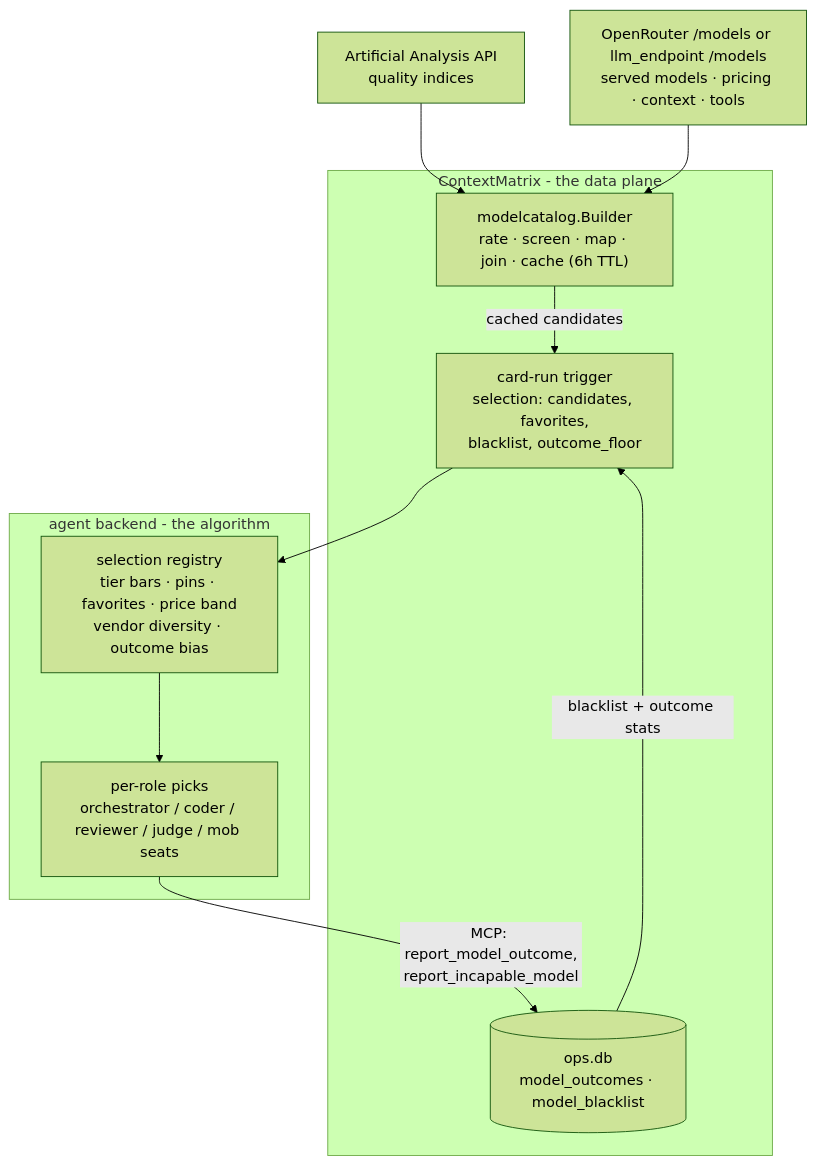
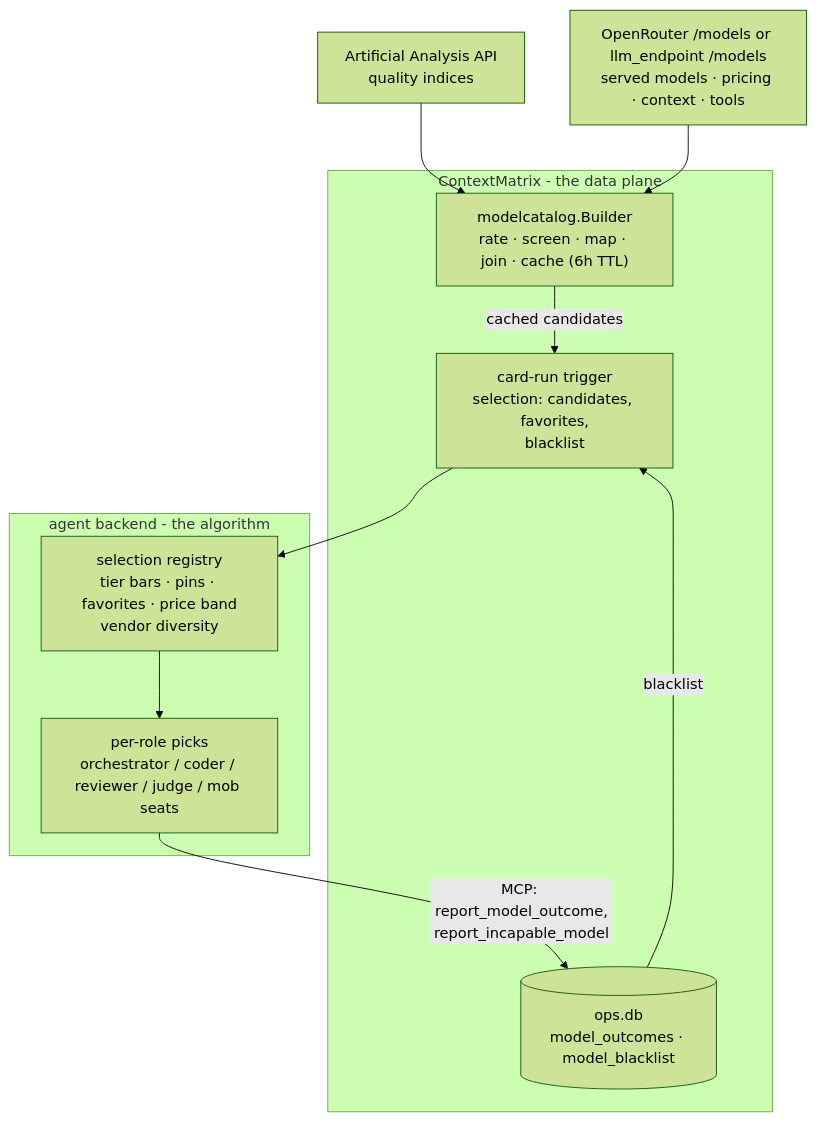
One commit to mhersson/contextmatrix changed the diagram in docs/model-selection.md. Above: the diagram before and after it, drawn with Mermaid (forest theme). The commit also changed other lines of this file and 20 other files, not shown here.

First line of the commit message:
feat(selection): retire the outcome bias; outcomes become a ledger

````diff
--- a/docs/model-selection.md
+++ b/docs/model-selection.md
@@ -42,24 +42,24 @@
 ```mermaid
 flowchart TB
     aa["Artificial Analysis API<br/>quality indices"]
     served["OpenRouter /models or llm_endpoint /models<br/>served models · pricing · context · tools"]
 
     subgraph cm["ContextMatrix - the data plane"]
         builder["modelcatalog.Builder<br/>rate · screen · map · join · cache (6h TTL)"]
-        trigger["card-run trigger<br/>selection: candidates, favorites,<br/>blacklist, outcome_floor"]
+        trigger["card-run trigger<br/>selection: candidates, favorites,<br/>blacklist"]
         opsdb[("ops.db<br/>model_outcomes · model_blacklist")]
     end
 
     subgraph agent["agent backend - the algorithm"]
-        registry["selection registry<br/>tier bars · pins · favorites · price band<br/>vendor diversity · outcome bias"]
+        registry["selection registry<br/>tier bars · pins · favorites · price band<br/>vendor diversity"]
         picks["per-role picks<br/>orchestrator / coder / reviewer / judge / mob seats"]
     end
 
     aa --> builder
     served --> builder
     builder -->|cached candidates| trigger
-    opsdb -->|blacklist + outcome stats| trigger
+    opsdb -->|blacklist| trigger
     trigger --> registry
     registry --> picks
     picks -->|"MCP: report_model_outcome,<br/>report_incapable_model"| opsdb
 ```
````
